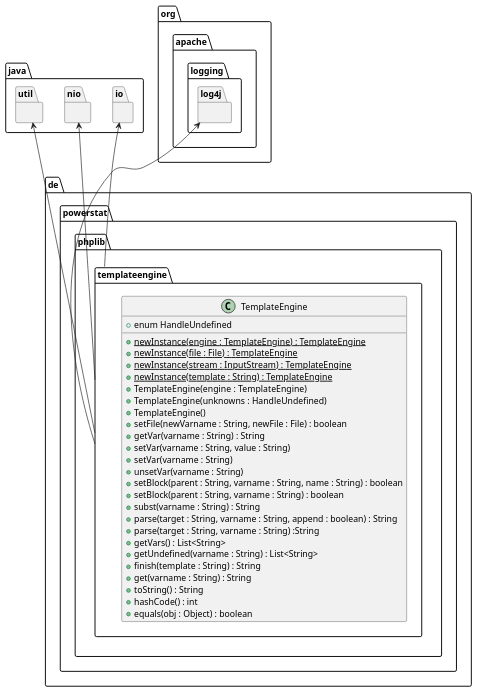
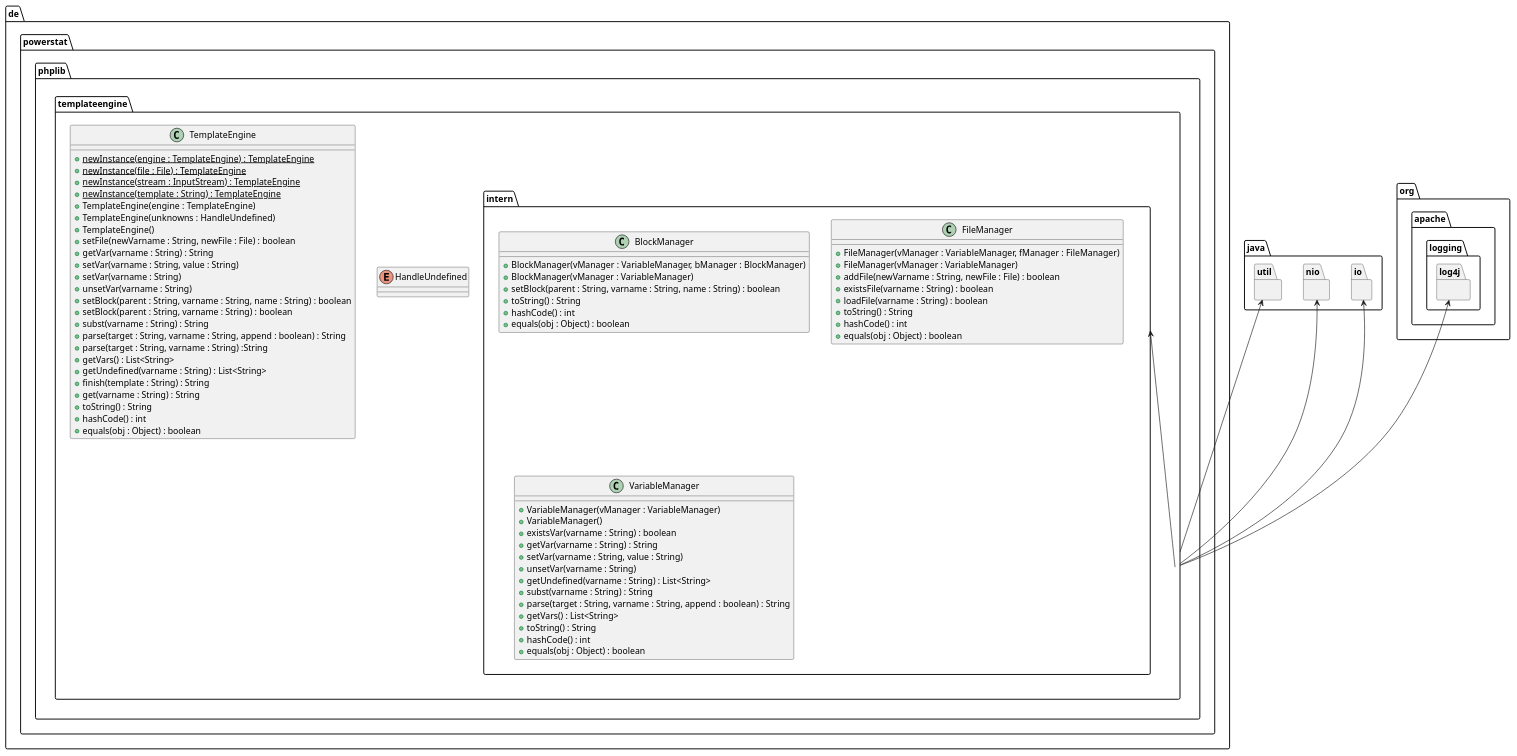
The second of 2 diagrams in src/site/asciidoc/architecture/05_building_block_view.adoc (PowerStat/TemplateEngine), drawn with PlantUML before and after one commit. The commit also changed other lines of this file and 24 other files, not shown here.

```diff
--- a/src/site/asciidoc/architecture/05_building_block_view.adoc
+++ b/src/site/asciidoc/architecture/05_building_block_view.adoc
@@ -39,9 +40,12 @@
 ....
 package de.powerstat.phplib.templateengine
 {
+  enum HandleUndefined
+   {
+   }
+  
   class TemplateEngine 
    {
-    +enum HandleUndefined
     +{static} newInstance(engine : TemplateEngine) : TemplateEngine
     +{static} newInstance(file : File) : TemplateEngine
     +{static} newInstance(stream : InputStream) : TemplateEngine
@@ -67,7 +71,50 @@
     +hashCode() : int
     +equals(obj : Object) : boolean
    }
+   
+  package de.powerstat.phplib.templateengine.intern
+   {
+    class BlockManager 
+     {
+      +BlockManager(vManager : VariableManager, bManager : BlockManager)
+      +BlockManager(vManager : VariableManager)
+      +setBlock(parent : String, varname : String, name : String) : boolean
+      +toString() : String
+      +hashCode() : int
+      +equals(obj : Object) : boolean
+     }
+   
+    class FileManager 
+     {
+      +FileManager(vManager : VariableManager, fManager : FileManager)
+      +FileManager(vManager : VariableManager)
+      +addFile(newVarname : String, newFile : File) : boolean
+      +existsFile(varname : String) : boolean
+      +loadFile(varname : String) : boolean
+      +toString() : String
+      +hashCode() : int
+      +equals(obj : Object) : boolean
 }
+
+    class VariableManager 
+     {
+      +VariableManager(vManager : VariableManager)
+      +VariableManager()
+      +existsVar(varname : String) : boolean
+      +getVar(varname : String) : String
+      +setVar(varname : String, value : String)
+      +unsetVar(varname : String)
+      +getUndefined(varname : String) : List<String>
+      +subst(varname : String) : String
+      +parse(target : String, varname : String, append : boolean) : String
+      +getVars() : List<String>
+      +toString() : String
+      +hashCode() : int
+      +equals(obj : Object) : boolean
+     }
+  }
+}
+
 
 package java.io
 {
@@ -89,4 +136,5 @@
 java.nio <-- de.powerstat.phplib.templateengine
 java.util <-- de.powerstat.phplib.templateengine
 org.apache.logging.log4j <-- de.powerstat.phplib.templateengine
+de.powerstat.phplib.templateengine.intern <-- de.powerstat.phplib.templateengine
 ....
```
